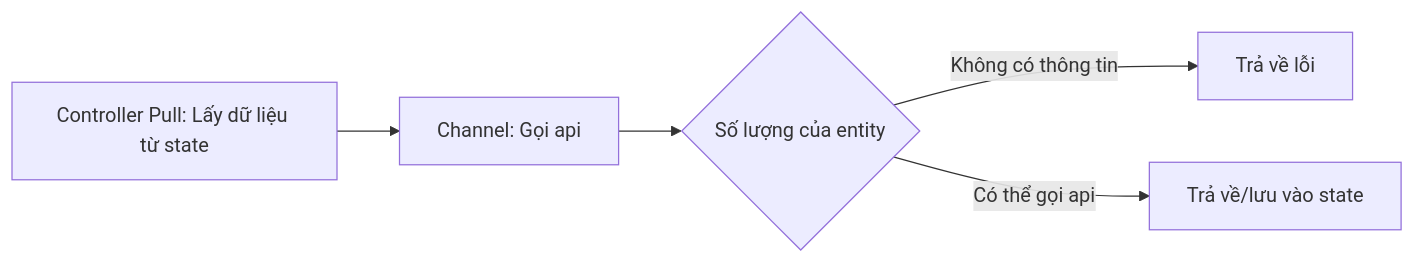
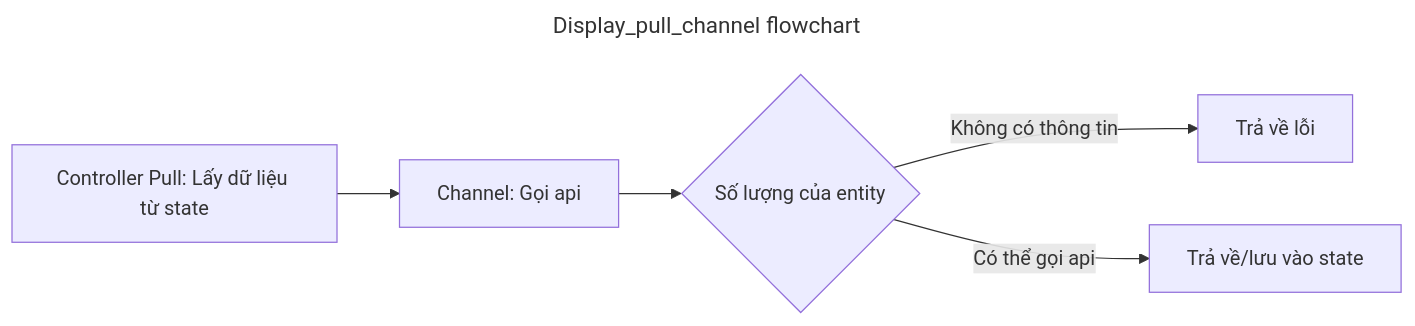
The fourth of 6 diagrams in pseudoAllFunction.md (WuzenLiz/markdown), drawn with Mermaid before and after one commit. The commit also changed other lines of this file, not shown here.

Commit message:
update graph

````diff
--- a/pseudoAllFunction.md
+++ b/pseudoAllFunction.md
@@ -57,6 +56,9 @@
     ```mermaid
+    ---
+    title: Display_pull_channel flowchart
+    ---
     flowchart LR
         A[Controller Pull: Lấy dữ liệu từ state ] --> B[Channel: Gọi api] --> C{Số lượng của entity} 
         C --> |Không có thông tin| E[Trả về lỗi]
         C --> |Có thể gọi api| F[Trả về/lưu vào state]
     ```
````
